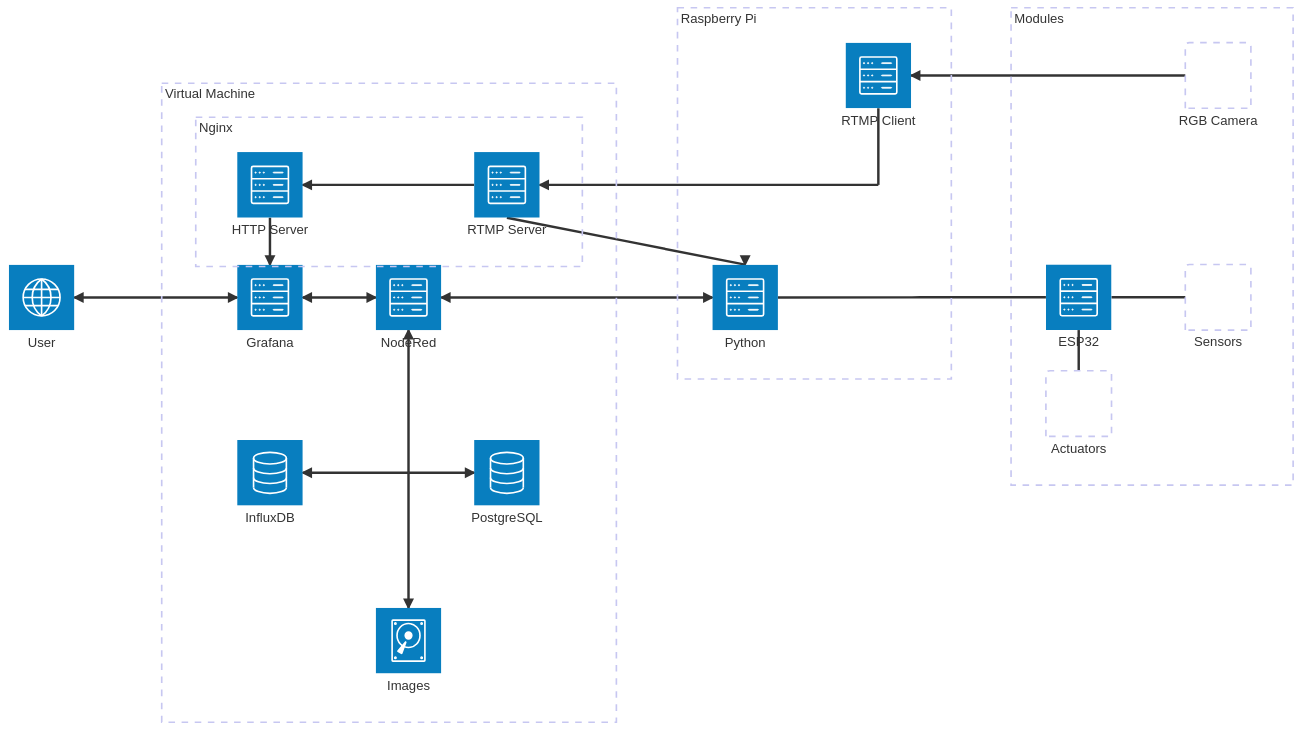
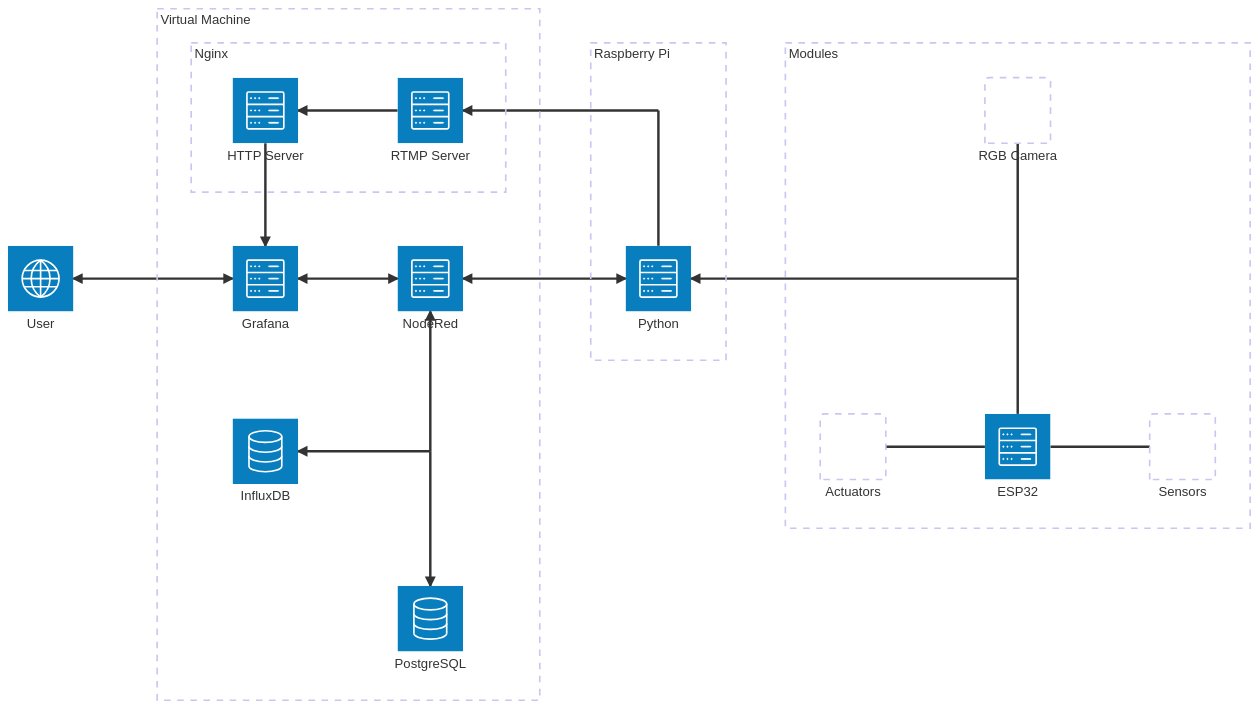
The first of 4 diagrams in README.md (eggseal/camara-crecimiento), drawn with Mermaid before and after one commit. The commit also changed other lines of this file and 13 other files, not shown here.

Commit message:
Add flowcharts and module Id

````diff
--- a/README.md
+++ b/README.md
@@ -5,53 +5,53 @@
 ```mermaid
 architecture-beta
 
     service user(internet)[User]
     
     group vm[Virtual Machine]
 
     service grafana(server)[Grafana] in vm
     service nodered(server)[NodeRed] in vm
     service influx(database)[InfluxDB] in vm
     service postgres(database)[PostgreSQL] in vm
-    service images(disk)[Images] in vm
 
     group nginx[Nginx] in vm
     service rtmpserver(server)[RTMP Server] in nginx
     service httpserver(server)[HTTP Server] in nginx
 
     junction data in vm
 
     user:R <--> L:grafana
     grafana:R <--> L:nodered
     grafana:T <-- B:httpserver
     nodered:B <-- T:data
     data:L --> R:influx
-    data:R --> L:postgres
-    data:B --> T:images
+    data:B --> T:postgres
     httpserver:R <-- L:rtmpserver
 
     group raspi[Raspberry Pi]
 
-    service rtmpclient(server)[RTMP Client] in raspi
     service python(server)[Python] in raspi
 
     junction video in raspi
 
     nodered:R <--> L:python
     rtmpserver:R <-- L:video
-    video:T -- B:rtmpclient
-    rtmpserver:B --> T:python
+    video:B -- T:python
 
     group module[Modules]
 
     service camera[RGB Camera] in module
     service sensors[Sensors] in module
     service actuators[Actuators] in module
     service esp(server)[ESP32] in module
 
+    junction components in module
 
-    python:R -- L:esp
+
+    esp:T -- B:components
+    camera:B -- T:components
+    components:L --> R:python
     esp:R -- L:sensors
-    esp:B -- T:actuators
-    rtmpclient:R <-- L:camera
+    esp:L -- R:actuators
+
 ```
````
